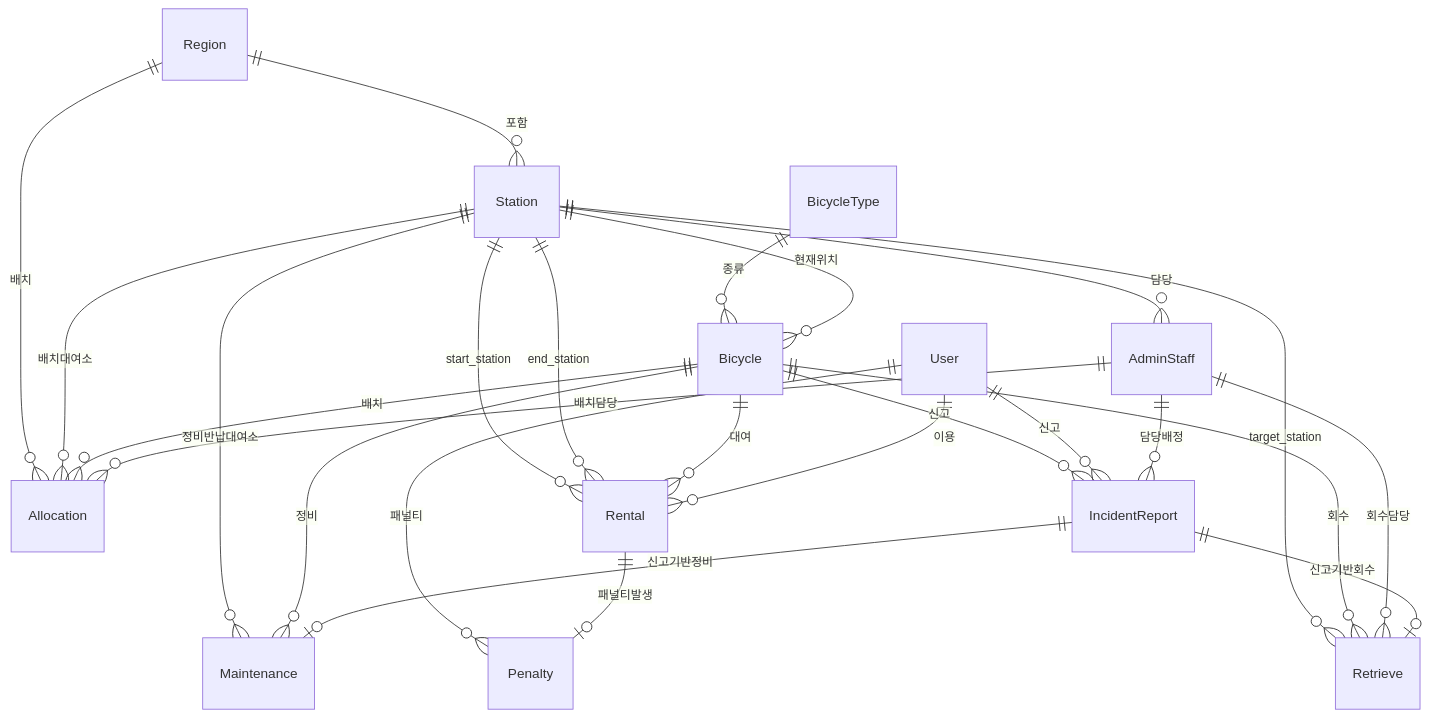
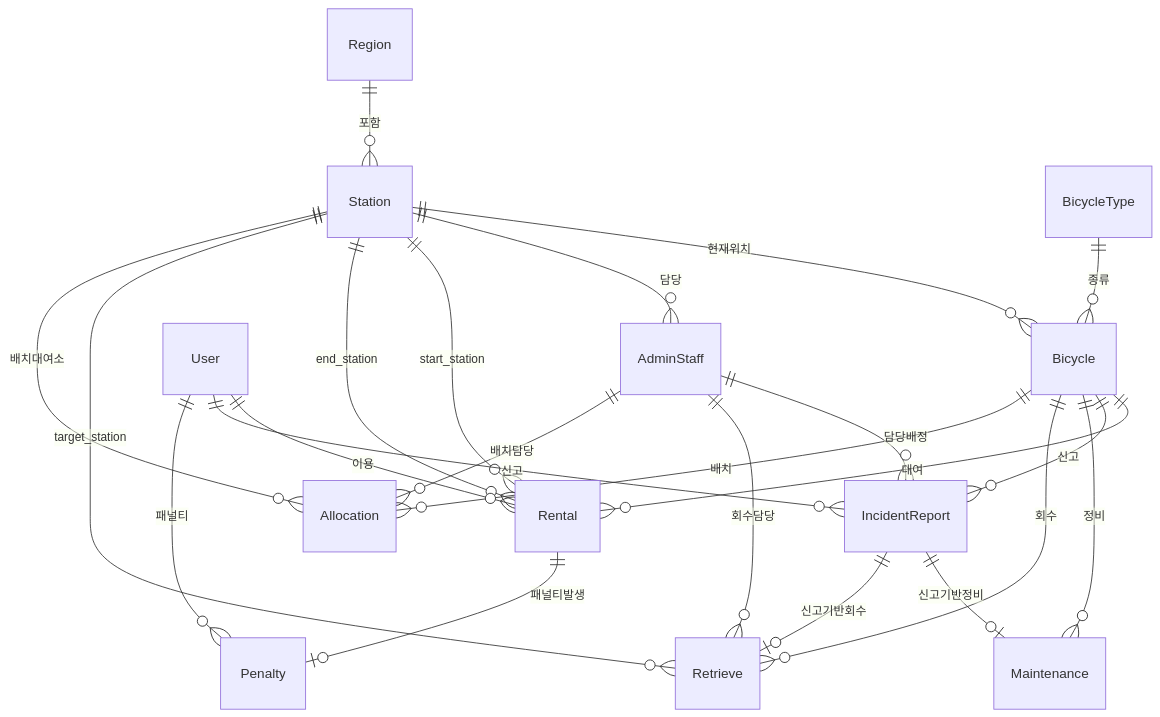
One commit to ZYONGE/DatabaseDesign_TermProject changed the diagram in docs/design.md. Above: the diagram before and after it, drawn with Mermaid. The commit also changed other lines of this file and 13 other files, not shown here.

````diff
--- a/docs/design.md
+++ b/docs/design.md
@@ -247,34 +240,32 @@
 ```mermaid
 erDiagram
     Region ||--o{ Station : "포함"
-    Region ||--o{ Allocation : "배치"
 
     BicycleType ||--o{ Bicycle : "종류"
 
     Station ||--o{ Bicycle : "현재위치"
     Station ||--o{ AdminStaff : "담당"
     Station ||--o{ Rental : "start_station"
     Station ||--o{ Rental : "end_station"
     Station ||--o{ Retrieve : "target_station"
     Station ||--o{ Allocation : "배치대여소"
-    Station ||--o{ Maintenance : "정비반납대여소"
 
     Bicycle ||--o{ Rental : "대여"
     Bicycle ||--o{ IncidentReport : "신고"
     Bicycle ||--o{ Maintenance : "정비"
     Bicycle ||--o{ Retrieve : "회수"
     Bicycle ||--o{ Allocation : "배치"
 
     User ||--o{ Rental : "이용"
     User ||--o{ IncidentReport : "신고"
     User ||--o{ Penalty : "패널티"
 
     Rental ||--o| Penalty : "패널티발생"
 
     AdminStaff ||--o{ IncidentReport : "담당배정"
     AdminStaff ||--o{ Retrieve : "회수담당"
     AdminStaff ||--o{ Allocation : "배치담당"
 
     IncidentReport ||--o| Maintenance : "신고기반정비"
     IncidentReport ||--o| Retrieve : "신고기반회수"
 ```
````
